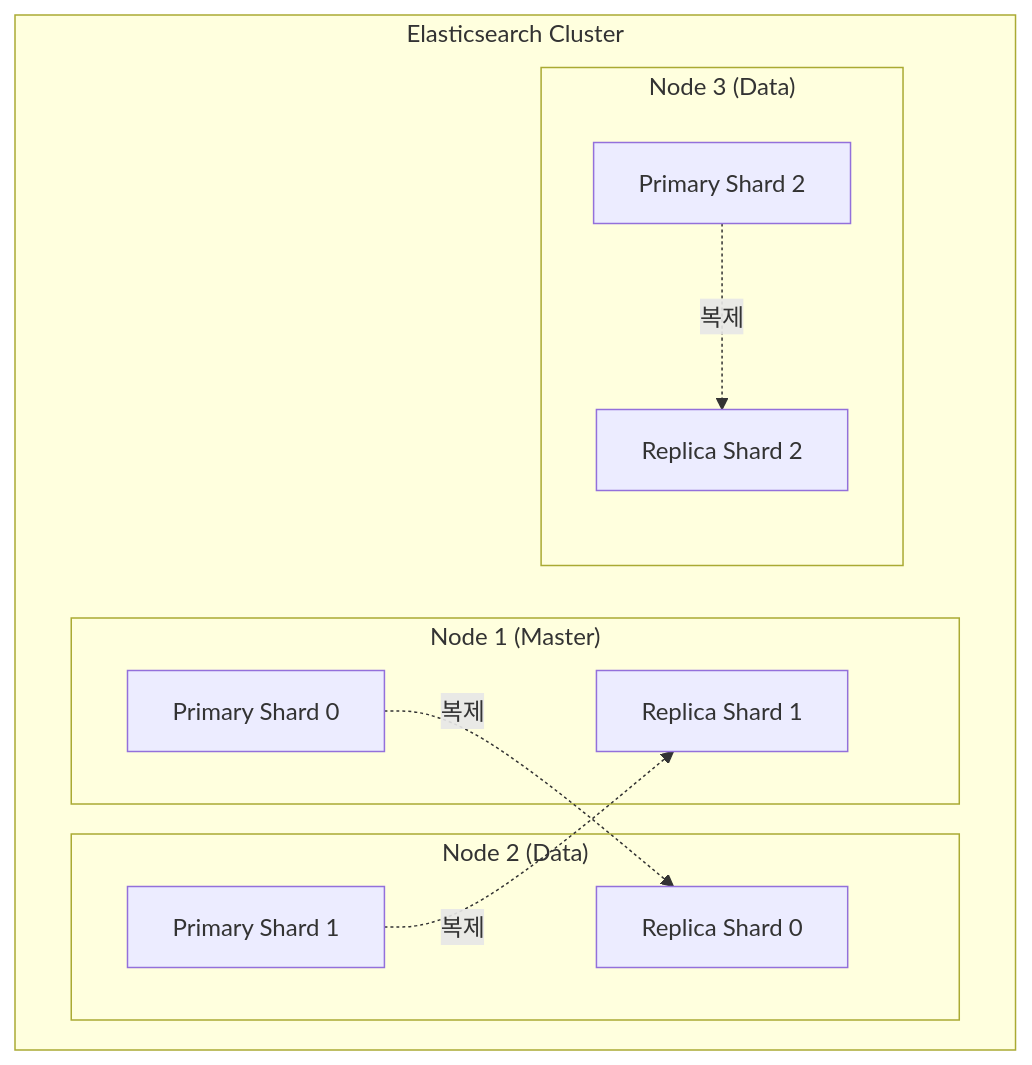
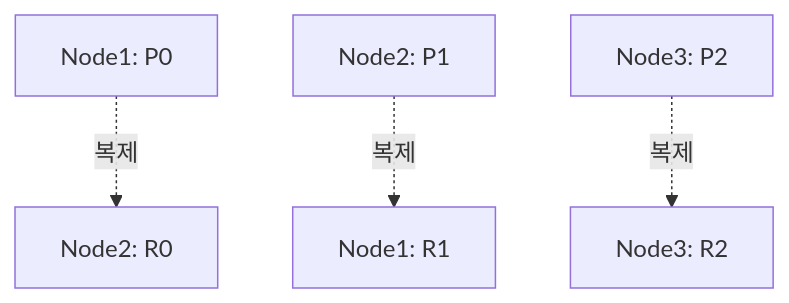
One commit to yjkim2015/yjkim2015.github.io changed the third of 7 diagrams in _posts/nosql/2026-05-03-elasticsearch-deep.md. Above: the diagram before and after it, drawn with Mermaid. The commit also changed other lines of this file and 215 other files, not shown here.

First line of the commit message:
신규 포스트 10개 추가 + Mermaid 전면 축소 + SystemDesign 시리즈 보강

````diff
--- a/_posts/nosql/2026-05-03-elasticsearch-deep.md
+++ b/_posts/nosql/2026-05-03-elasticsearch-deep.md
@@ -117,20 +89,6 @@
 ```mermaid
 flowchart TB
-    subgraph "Elasticsearch Cluster"
-        subgraph "Node 1 (Master)"
-            P0["Primary Shard 0"]
-            R1_copy["Replica Shard 1"]
-        end
-        subgraph "Node 2 (Data)"
-            P1["Primary Shard 1"]
-            R0_copy["Replica Shard 0"]
-        end
-        subgraph "Node 3 (Data)"
-            P2["Primary Shard 2"]
-            R2_copy["Replica Shard 2"]
-        end
-    end
-    P0 -. "복제" .-> R0_copy
-    P1 -. "복제" .-> R1_copy
-    P2 -. "복제" .-> R2_copy
+    P0["Node1: P0"] -. 복제 .-> R0["Node2: R0"]
+    P1["Node2: P1"] -. 복제 .-> R1["Node1: R1"]
+    P2["Node3: P2"] -. 복제 .-> R2["Node3: R2"]
 ```
````
